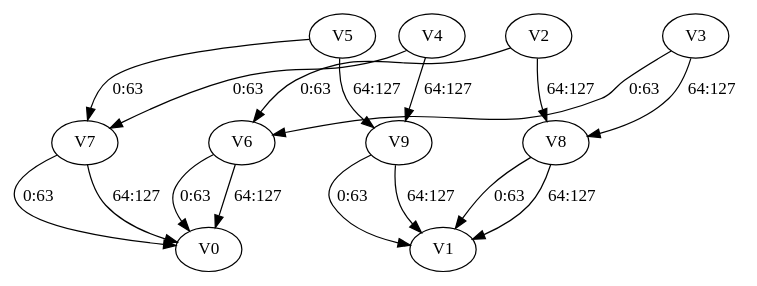
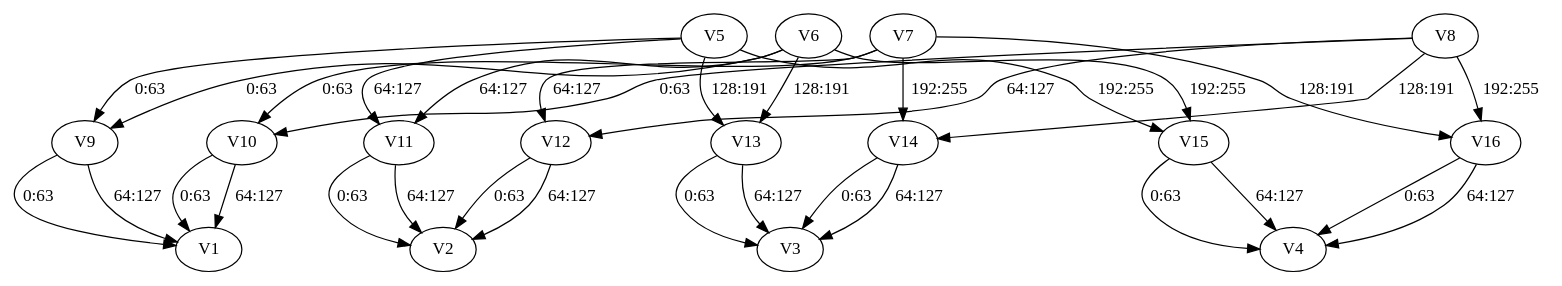
One commit to wangdi4/llvm changed the third of 3 diagrams in llvm/docs/Intel/Analysis/Intel_OptVLS.rst. Above: the diagram before and after it, drawn with Graphviz. The commit also changed other lines of this file and 1 other file, not shown here.

```diff
--- a/llvm/docs/Intel/Analysis/Intel_OptVLS.rst
+++ b/llvm/docs/Intel/Analysis/Intel_OptVLS.rst
@@ -522,37 +543,71 @@
 .. graphviz::
 
    digraph Initial_Graph {
 
-      V2 -> V6[label="0:63",weight="0:63"];
+      graph[ordering=in];
 
-      V2 -> V8[label="64:127",weight="64:127"];
+      V5 -> V15[label="192:255",weight="192:255"];
 
-      V3 -> V6[label="0:63",weight="0:63"];
+      V6 -> V15[label="192:255",weight="192:255"];
 
-      V6 -> V0[label="0:63",weight="0:63"];
+      V7 -> V16[label="128:191",weight="128:191"];
 
-      V6 -> V0[label="64:127",weight="64:127"];
+      V8 -> V16[label="192:255",weight="192:255"];
 
-      V3 -> V8[label="64:127",weight="64:127"];
+      V5 -> V11[label="64:127",weight="64:127"];
 
-      V4 -> V7[label="0:63",weight="0:63"];
+      V6 -> V11[label="64:127",weight="64:127"];
 
-      V4 -> V9[label="64:127",weight="64:127"];
+      V7 -> V12[label="64:127",weight="64:127"];
 
-      V5 -> V9[label="64:127",weight="64:127"];
+      V8 -> V12[label="64:127",weight="64:127"];
 
-      V5 -> V7[label="0:63",weight="0:63"];
+      V5 -> V9[label="0:63",weight="0:63"];
 
-      V7 -> V0[label="0:63",weight="0:63"];
+      V6 -> V9[label="0:63",weight="0:63"];
 
-      V7 -> V0[label="64:127",weight="64:127"];
+      V7 -> V10[label="0:63",weight="0:63"];
 
-      V8 -> V1[label="0:63",weight="0:63"];
+      V8 -> V10[label="0:63",weight="0:63"];
 
-      V8 -> V1[label="64:127",weight="64:127"];
+      V5 -> V13[label="128:191",weight="128:191"];
+
+      V6 -> V13[label="128:191",weight="128:191"];
+
+      V7 -> V14[label="192:255",weight="192:255"];
+
+      V8 -> V14[label="128:191",weight="128:191"];
+
+      V15 -> V4[label="0:63",weight="0:63"];
+
+      V15 -> V4[label="64:127",weight="64:127"];
+
+      V16 -> V4[label="0:63",weight="0:63"];
+
+      V16 -> V4[label="64:127",weight="64:127"];
+
+      V11 -> V2[label="0:63",weight="0:63"];
+
+      V11 -> V2[label="64:127",weight="64:127"];
+
+      V12 -> V2[label="0:63",weight="0:63"];
+
+      V12 -> V2[label="64:127",weight="64:127"];
 
       V9 -> V1[label="0:63",weight="0:63"];
 
       V9 -> V1[label="64:127",weight="64:127"];
 
+      V10 -> V1[label="0:63",weight="0:63"];
+
+      V10 -> V1[label="64:127",weight="64:127"];
+
+      V13 -> V3[label="0:63",weight="0:63"];
+
+      V13 -> V3[label="64:127",weight="64:127"];
+
+      V14 -> V3[label="0:63",weight="0:63"];
+
+      V14 -> V3[label="64:127",weight="64:127"];
+
    }
```
